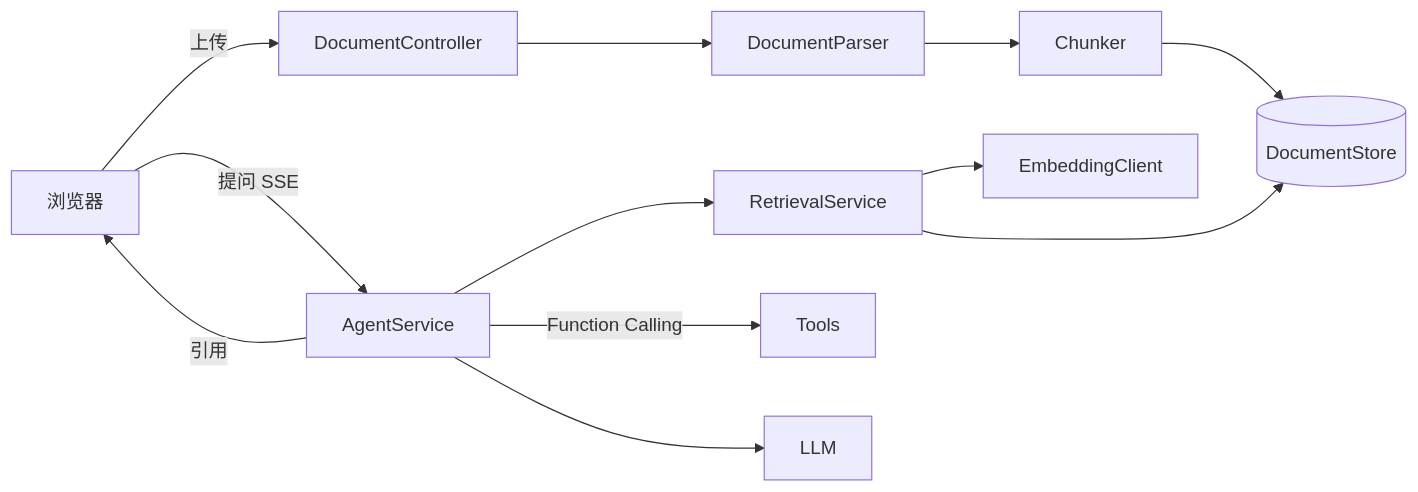
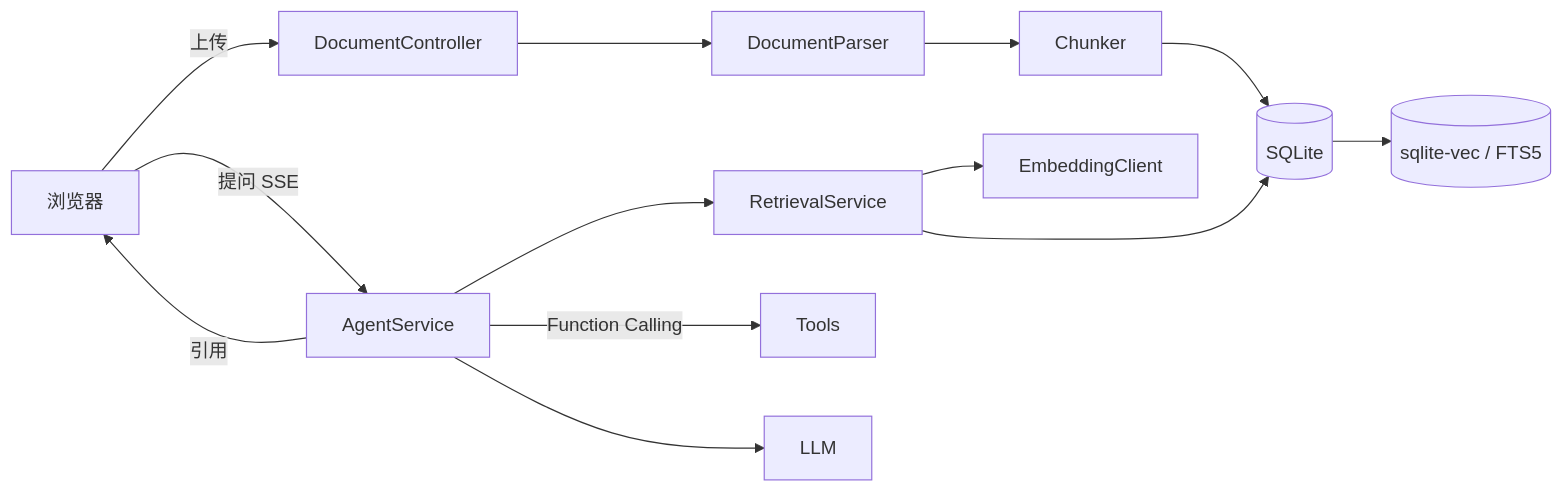
One commit to YeYirp/docinsight-agent changed the diagram in README.md. Above: the diagram before and after it, drawn with Mermaid. The commit also changed other lines of this file and 19 other files, not shown here.

Commit message:
feat: 存储层重构为 SQLite + sqlite-vec 本地持久化

````diff
--- a/README.md
+++ b/README.md
@@ -27,14 +29,15 @@
 ```mermaid
 flowchart LR
     U[浏览器] -->|上传| D[DocumentController]
     D --> P[DocumentParser]
     P --> C[Chunker]
-    C --> S[(DocumentStore)]
+    C --> S[(SQLite)]
     U -->|提问 SSE| A[AgentService]
     A --> R[RetrievalService]
     R --> S
+    S --> V[(sqlite-vec / FTS5)]
     R --> E[EmbeddingClient]
     A -->|Function Calling| T[Tools]
     A --> L[LLM]
     A -->|引用| U
 ```
````
